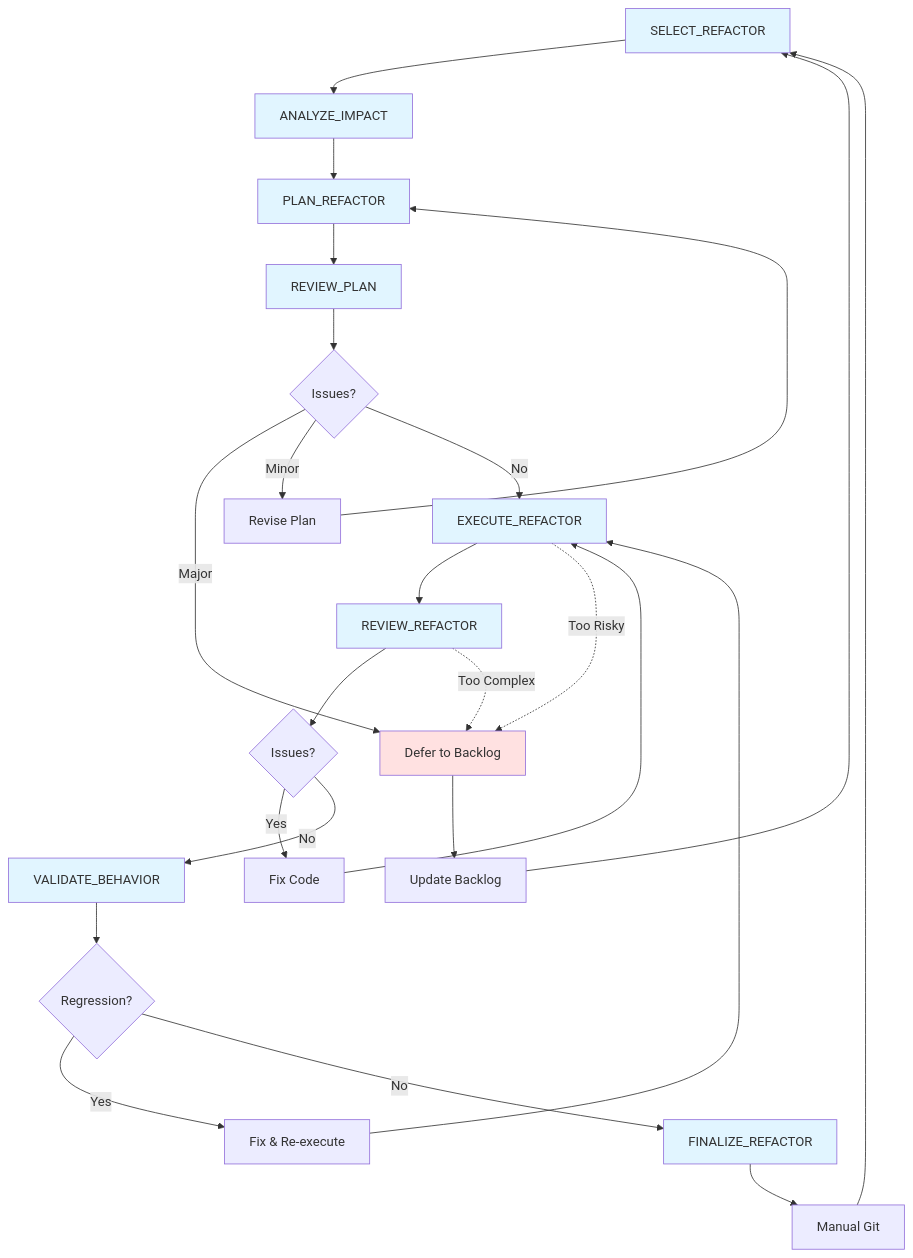
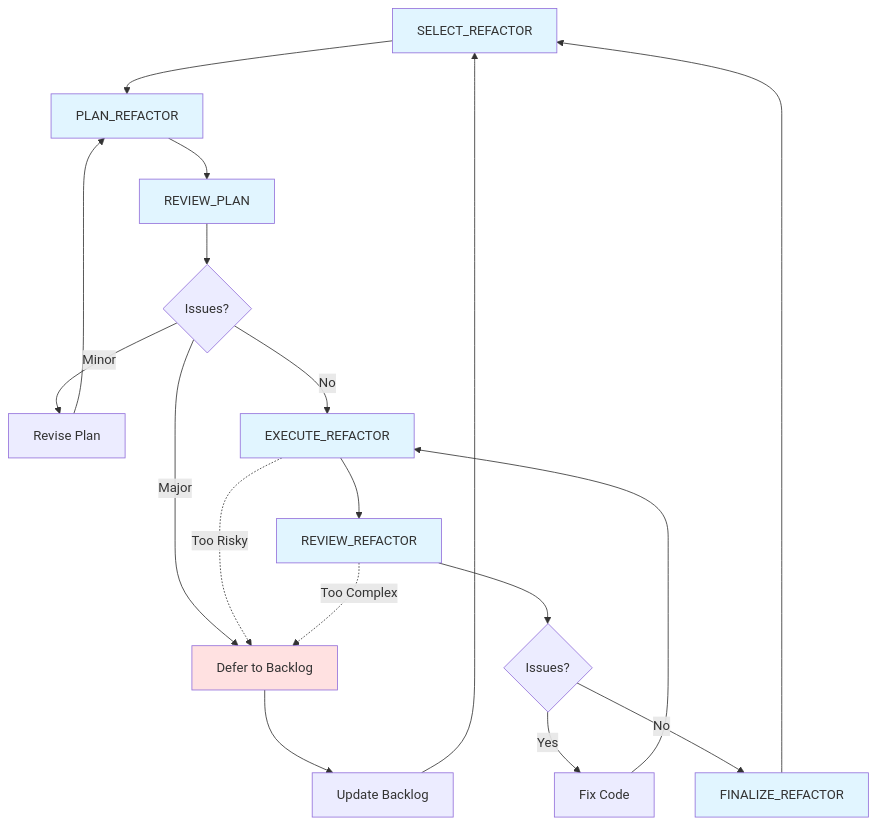
The diagram in TASKS/REFACTOR/WORKFLOW.md (EvanLavender13/FrogLords), drawn with Mermaid before and after one commit. The commit also changed other lines of this file and 13 other files, not shown here.

````diff
--- a/TASKS/REFACTOR/WORKFLOW.md
+++ b/TASKS/REFACTOR/WORKFLOW.md
@@ -5,38 +5,30 @@
 ```mermaid
 graph TD
-    A[SELECT_REFACTOR] --> B[ANALYZE_IMPACT]
-    B --> C[PLAN_REFACTOR]
-    C --> D[REVIEW_PLAN]
-    D --> E{Issues?}
-    E -->|Major| F[Defer to Backlog]
-    E -->|Minor| G[Revise Plan]
-    G --> C
-    E -->|No| H[EXECUTE_REFACTOR]
-    H --> I[REVIEW_REFACTOR]
-    I --> J{Issues?}
-    J -->|Yes| K[Fix Code]
-    K --> H
-    J -->|No| L[VALIDATE_BEHAVIOR]
-    L --> M{Regression?}
-    M -->|Yes| N[Fix & Re-execute]
-    N --> H
-    M -->|No| O[FINALIZE_REFACTOR]
-    O --> P[Manual Git]
-    P --> A
-    F --> Q[Update Backlog]
-    Q --> A
+    A[SELECT_REFACTOR] --> B[PLAN_REFACTOR]
+    B --> C[REVIEW_PLAN]
+    C --> D{Issues?}
+    D -->|Major| E[Defer to Backlog]
+    D -->|Minor| F[Revise Plan]
+    F --> B
+    D -->|No| G[EXECUTE_REFACTOR]
+    G --> H[REVIEW_REFACTOR]
+    H --> I{Issues?}
+    I -->|Yes| J[Fix Code]
+    J --> G
+    I -->|No| K[FINALIZE_REFACTOR]
+    K --> A
+    E --> L[Update Backlog]
+    L --> A
 
     %% Abort path from any stage
-    H -.->|Too Risky| F
-    I -.->|Too Complex| F
+    G -.->|Too Risky| E
+    H -.->|Too Complex| E
 
     style A fill:#e1f5ff
     style B fill:#e1f5ff
     style C fill:#e1f5ff
-    style D fill:#e1f5ff
+    style G fill:#e1f5ff
     style H fill:#e1f5ff
-    style I fill:#e1f5ff
-    style L fill:#e1f5ff
-    style O fill:#e1f5ff
-    style F fill:#ffe1e1
+    style K fill:#e1f5ff
+    style E fill:#ffe1e1
 ```
````
